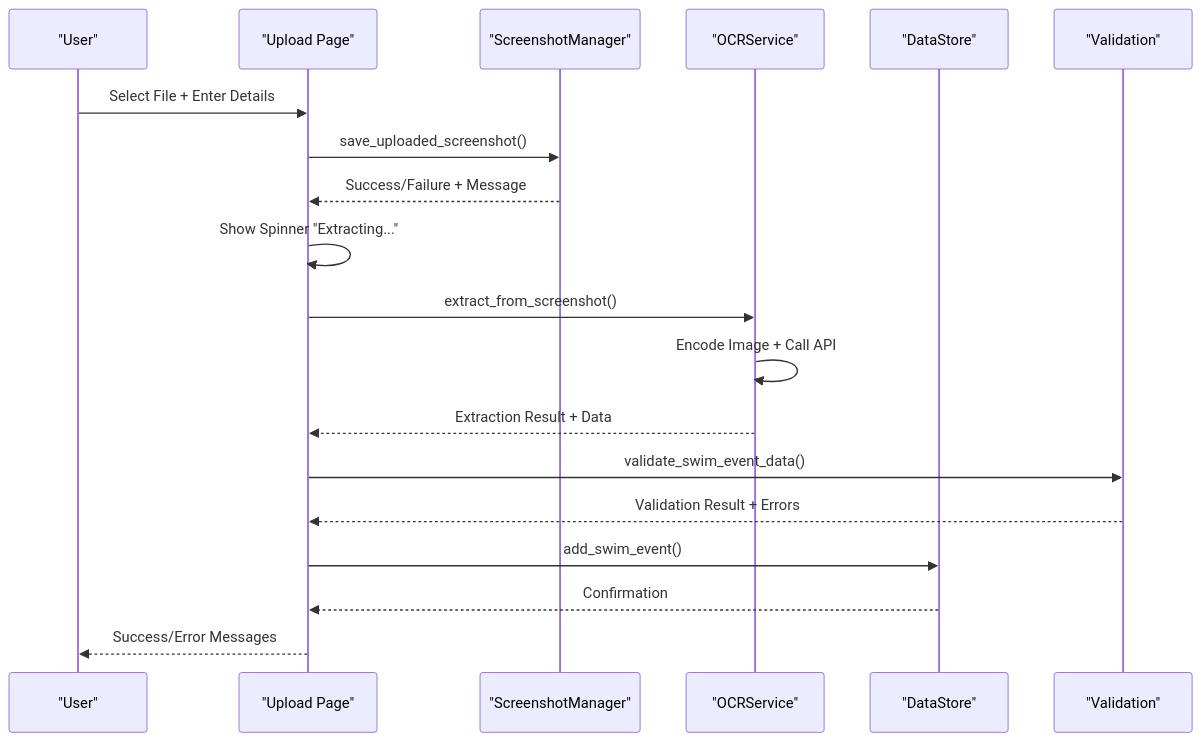
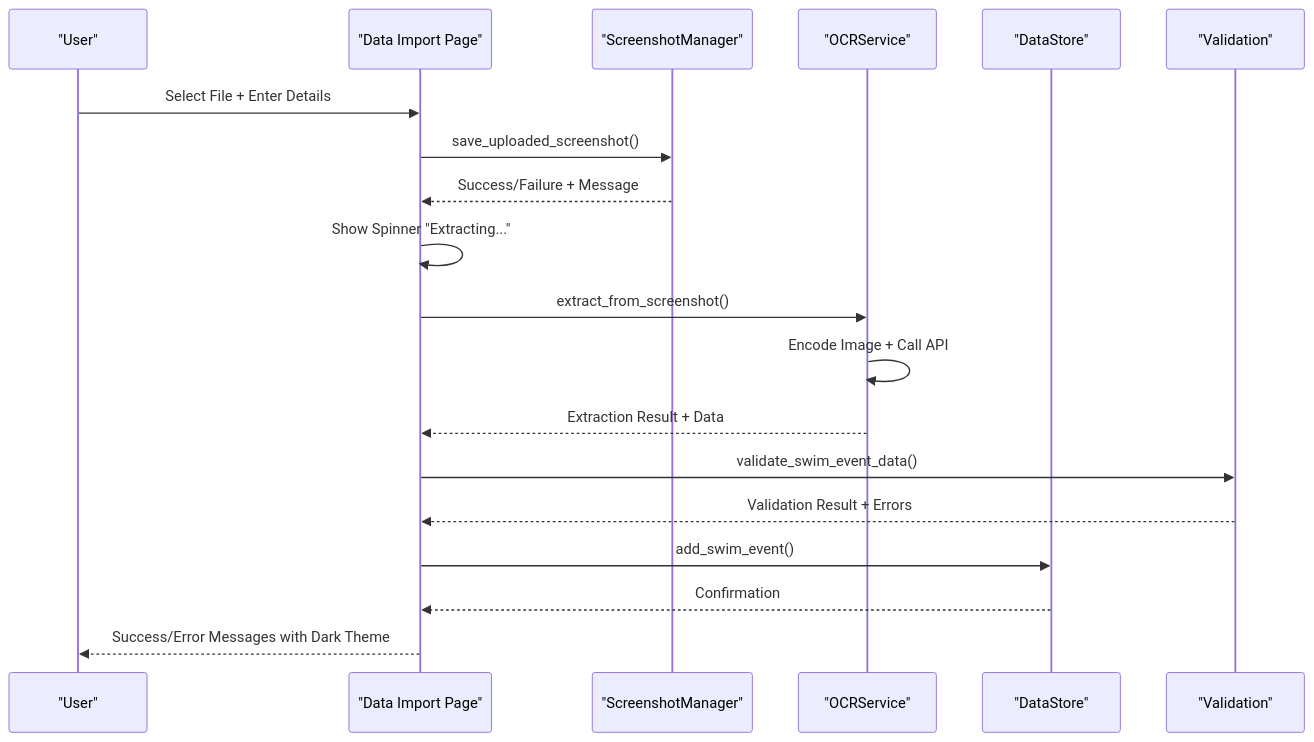
Before and after one commit to Johnny22056/SwimingStatus: the sixth of 12 diagrams in .qoder/repowiki/en/content/Core Components/Application Controller.md, drawn with Mermaid. The commit also changed other lines of this file and 5 other files, not shown here.

First line of the commit message:
feat: chart/PB UI polish, Gap to NM column, meet course override

````diff
--- a/.qoder/repowiki/en/content/Core Components/Application Controller.md
+++ b/.qoder/repowiki/en/content/Core Components/Application Controller.md
@@ -234,21 +280,21 @@
 ```mermaid
 sequenceDiagram
 participant User as "User"
-participant Upload as "Upload Page"
+participant ImportPage as "Data Import Page"
 participant SM as "ScreenshotManager"
 participant OCR as "OCRService"
 participant DS as "DataStore"
 participant VA as "Validation"
-User->>Upload : Select File + Enter Details
-Upload->>SM : save_uploaded_screenshot()
-SM-->>Upload : Success/Failure + Message
-Upload->>Upload : Show Spinner "Extracting..."
-Upload->>OCR : extract_from_screenshot()
+User->>ImportPage : Select File + Enter Details
+ImportPage->>SM : save_uploaded_screenshot()
+SM-->>ImportPage : Success/Failure + Message
+ImportPage->>ImportPage : Show Spinner "Extracting..."
+ImportPage->>OCR : extract_from_screenshot()
 OCR->>OCR : Encode Image + Call API
-OCR-->>Upload : Extraction Result + Data
-Upload->>VA : validate_swim_event_data()
-VA-->>Upload : Validation Result + Errors
-Upload->>DS : add_swim_event()
-DS-->>Upload : Confirmation
-Upload-->>User : Success/Error Messages
+OCR-->>ImportPage : Extraction Result + Data
+ImportPage->>VA : validate_swim_event_data()
+VA-->>ImportPage : Validation Result + Errors
+ImportPage->>DS : add_swim_event()
+DS-->>ImportPage : Confirmation
+ImportPage-->>User : Success/Error Messages with Dark Theme
 ```
````
